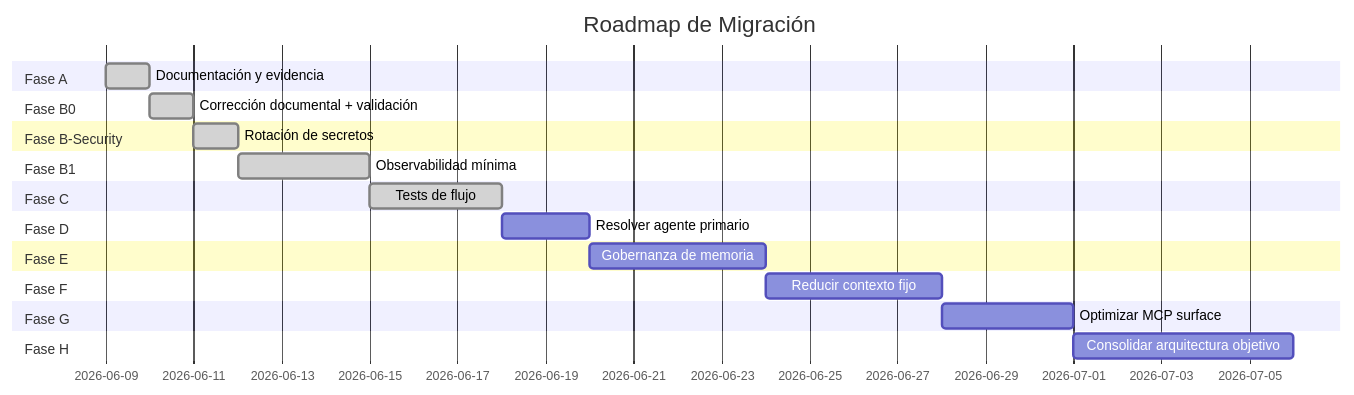
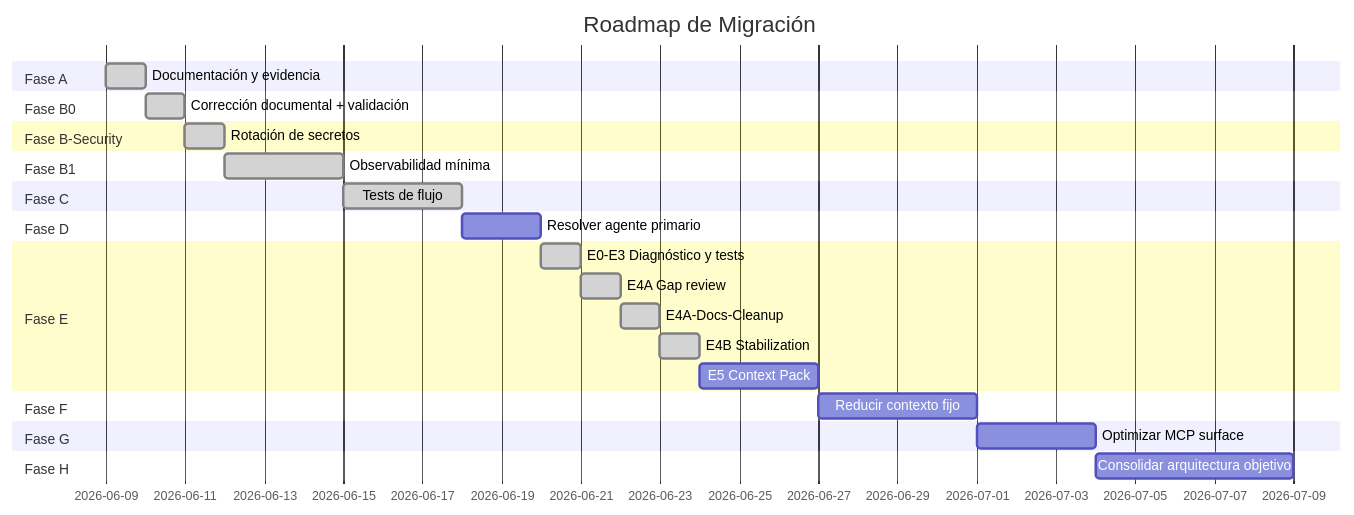
Before and after one commit to harrysxavio/opencode-architecture: the first of 2 diagrams in docs/opencode-architecture/12-migration-roadmap.md, drawn with Mermaid. The commit also changed other lines of this file and 9 other files, not shown here.

````diff
--- a/docs/opencode-architecture/12-migration-roadmap.md
+++ b/docs/opencode-architecture/12-migration-roadmap.md
@@ -208,36 +219,40 @@
 ```mermaid
 gantt
     title Roadmap de Migración
     dateFormat  YYYY-MM-DD
     axisFormat  %Y-%m-%d
     
     section Fase A
     Documentación y evidencia          :done, A, 2026-06-09, 1d
 
     section Fase B0
     Corrección documental + validación :done, B0, after A, 1d
     
     section Fase B-Security
     Rotación de secretos               :done, B_SEC, after B0, 1d
     
     section Fase B1
     Observabilidad mínima              :done, B1, after B_SEC, 3d
     
     section Fase C
     Tests de flujo                     :done, C, after B1, 3d
     
     section Fase D
     Resolver agente primario           :D, after C, 2d
     
     section Fase E
-    Gobernanza de memoria              :E, after D, 4d
+    E0-E3 Diagnóstico y tests          :done, E0, after D, 1d
+    E4A Gap review                     :done, E4A, after E0, 1d
+    E4A-Docs-Cleanup                   :done, E4A_DOCS, after E4A, 1d
+    E4B Stabilization                  :done, E4B, after E4A_DOCS, 1d
+    E5 Context Pack                    :E5, after E4B, 3d
     
     section Fase F
-    Reducir contexto fijo              :F, after E, 4d
+    Reducir contexto fijo              :F, after E5, 4d
     
     section Fase G
     Optimizar MCP surface              :G, after F, 3d
     
     section Fase H
     Consolidar arquitectura objetivo   :H, after G, 5d
 ```
````
